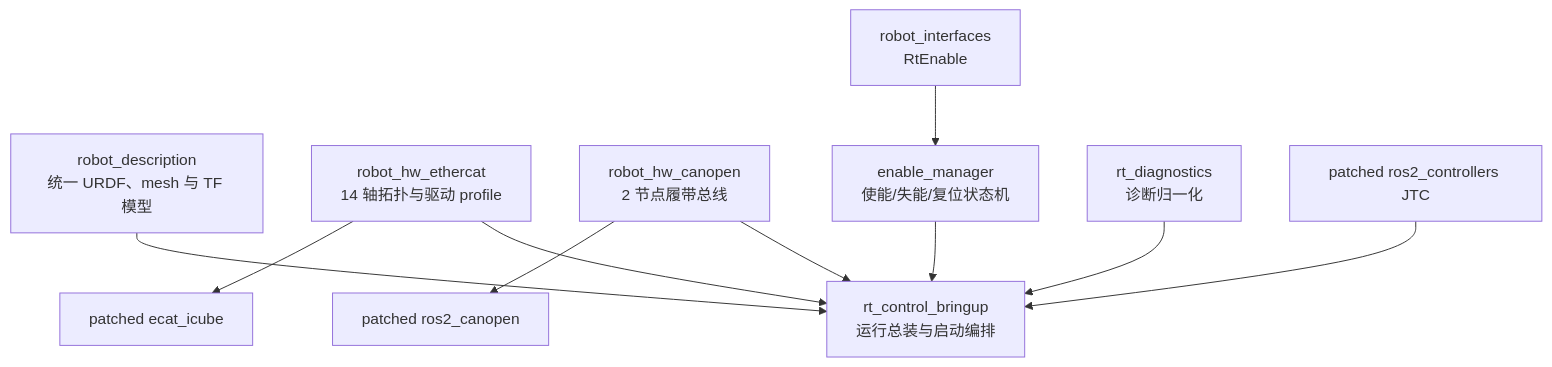
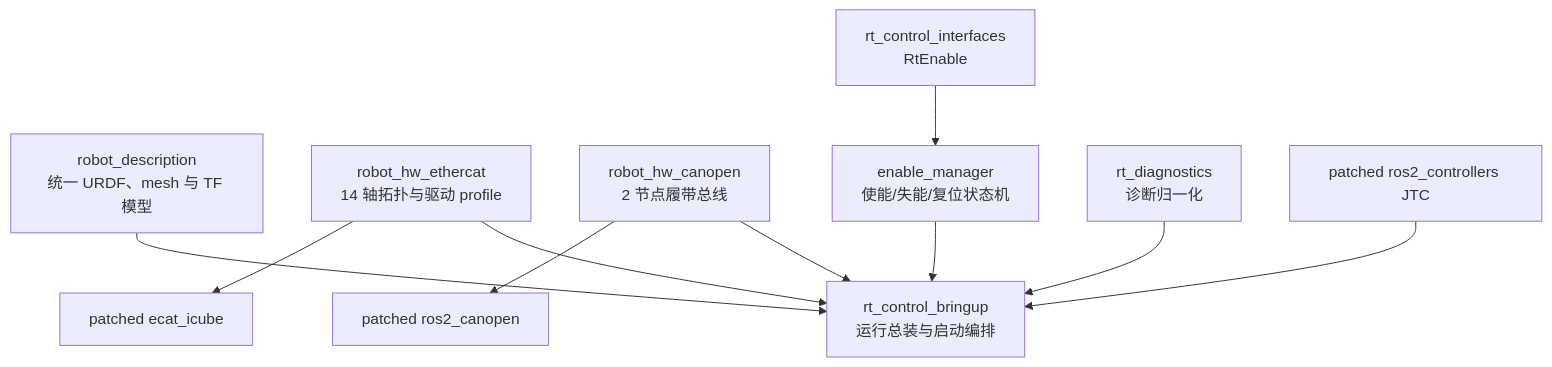
The second of 4 diagrams in domains/rt_control/docs/onboarding-knowledge-map.md (SevenovaHangzhou/robot_driver), drawn with Mermaid before and after one commit. The commit also changed other lines of this file and 14 other files, not shown here.

````diff
--- a/domains/rt_control/docs/onboarding-knowledge-map.md
+++ b/domains/rt_control/docs/onboarding-knowledge-map.md
@@ -57,25 +57,25 @@
 ```mermaid
 flowchart TD
     RD[robot_description<br/>统一 URDF、mesh 与 TF 模型]
-    RI[robot_interfaces<br/>RtEnable]
+    RI[rt_control_interfaces<br/>RtEnable]
 
     EC[robot_hw_ethercat<br/>14 轴拓扑与驱动 profile]
     CAN[robot_hw_canopen<br/>2 节点履带总线]
     EM[enable_manager<br/>使能/失能/复位状态机]
     DG[rt_diagnostics<br/>诊断归一化]
     BR[rt_control_bringup<br/>运行总装与启动编排]
 
     IEC[patched ecat_icube]
     ICAN[patched ros2_canopen]
     JTC[patched ros2_controllers JTC]
 
     RD --> BR
     RI --> EM
     EC --> IEC
     CAN --> ICAN
     JTC --> BR
     EC --> BR
     CAN --> BR
     EM --> BR
     DG --> BR
 ```
````
